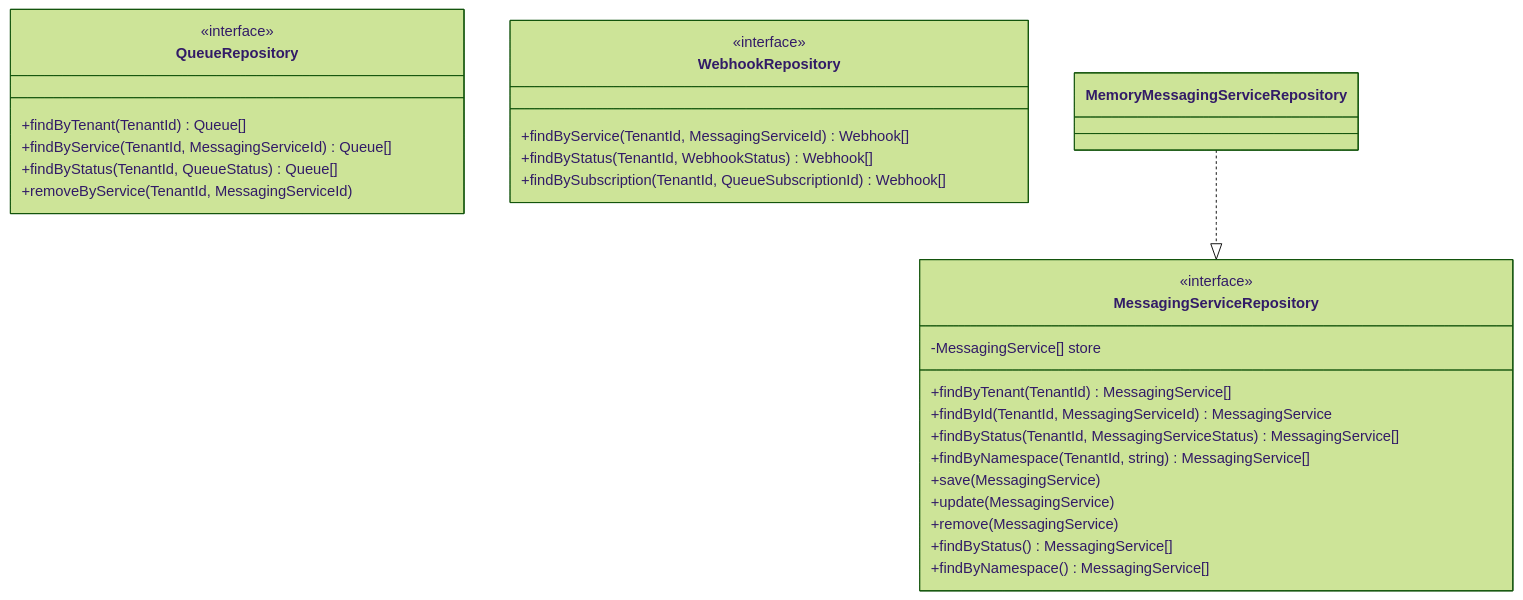
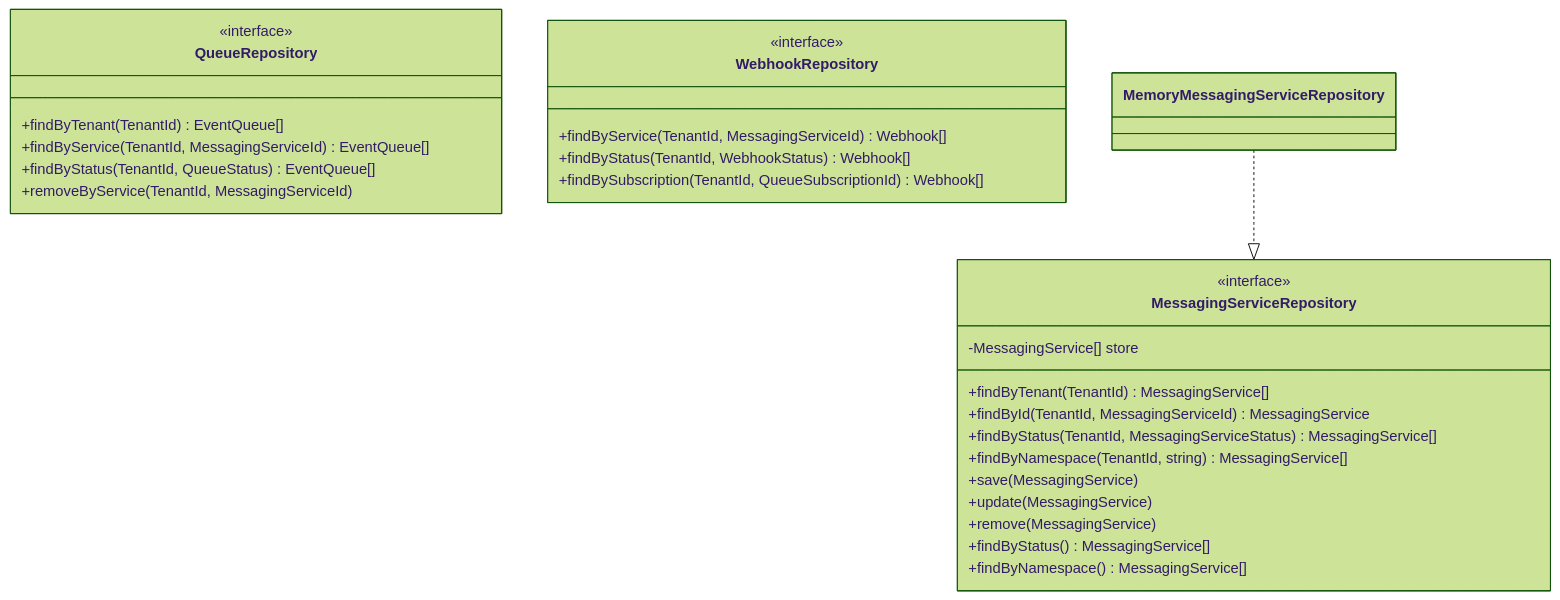
The second of 6 diagrams in events/UML.md (UIMSolutions/uim-platform), drawn with Mermaid (forest theme) before and after one commit. The commit also changed other lines of this file and 69 other files, not shown here.

````diff
--- a/events/UML.md
+++ b/events/UML.md
@@ -122,36 +122,36 @@
 ```mermaid
 classDiagram
     class MessagingServiceRepository {
         <<interface>>
         +findByTenant(TenantId) MessagingService[]
         +findById(TenantId, MessagingServiceId) MessagingService
         +findByStatus(TenantId, MessagingServiceStatus) MessagingService[]
         +findByNamespace(TenantId, string) MessagingService[]
         +save(MessagingService)
         +update(MessagingService)
         +remove(MessagingService)
     }
 
     class QueueRepository {
         <<interface>>
-        +findByTenant(TenantId) Queue[]
-        +findByService(TenantId, MessagingServiceId) Queue[]
-        +findByStatus(TenantId, QueueStatus) Queue[]
+        +findByTenant(TenantId) EventQueue[]
+        +findByService(TenantId, MessagingServiceId) EventQueue[]
+        +findByStatus(TenantId, QueueStatus) EventQueue[]
         +removeByService(TenantId, MessagingServiceId)
     }
 
     class WebhookRepository {
         <<interface>>
         +findByService(TenantId, MessagingServiceId) Webhook[]
         +findByStatus(TenantId, WebhookStatus) Webhook[]
         +findBySubscription(TenantId, QueueSubscriptionId) Webhook[]
     }
 
     class MessagingServiceRepository {
         -MessagingService[] store
         +findByStatus() MessagingService[]
         +findByNamespace() MessagingService[]
     }
 
     MemoryMessagingServiceRepository ..|> MessagingServiceRepository
 ```
````
